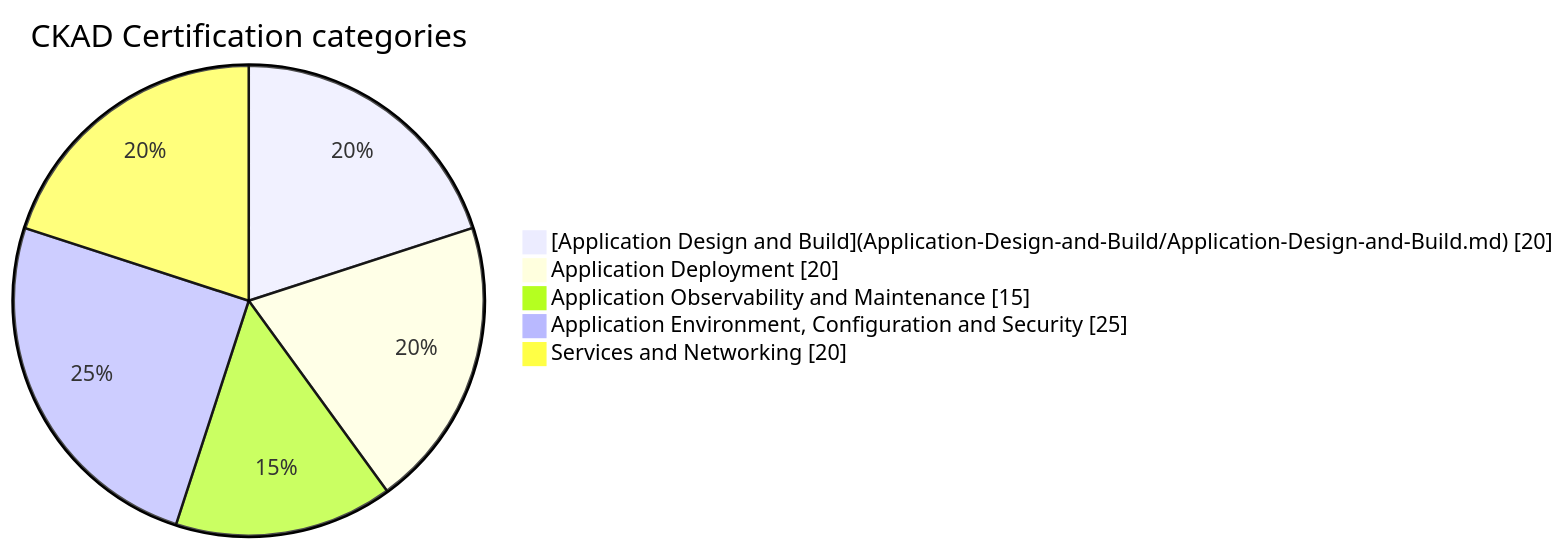
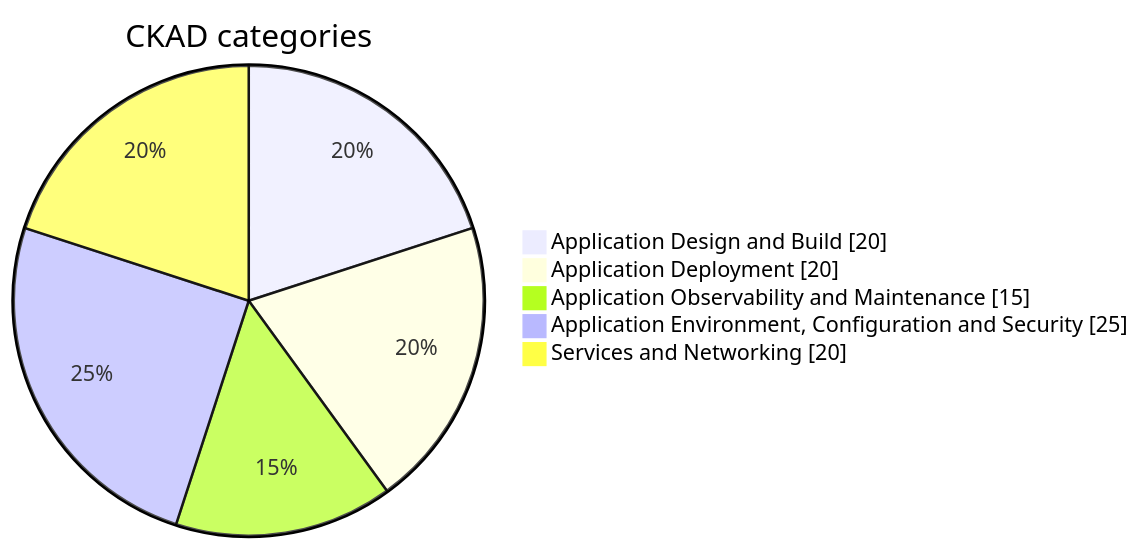
The diagram in README.md (edithturn/CKAD-training), drawn with Mermaid before and after one commit. The commit also changed other lines of this file and 1 other file, not shown here.

Commit message:
application design and build first version

````diff
--- a/README.md
+++ b/README.md
@@ -16,9 +16,9 @@
 ```mermaid
   pie showData
-      title CKAD Certification categories
-      "[Application Design and Build](Application-Design-and-Build/Application-Design-and-Build.md)" : 20
+      title CKAD categories
+      "Application Design and Build" : 20
       "Application Deployment" : 20
       "Application Observability and Maintenance" : 15
       "Application Environment, Configuration and Security" : 25
       "Services and Networking" : 20
 ```
````
